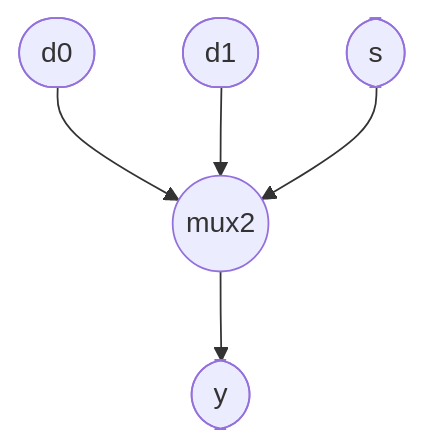
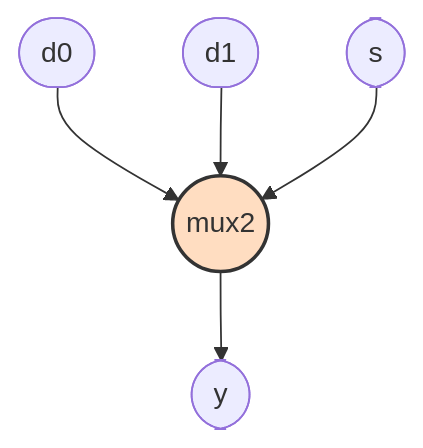
The diagram in docs/module_diagrams/mux2.md (granitespinoza/arqui), drawn with Mermaid before and after one commit. The commit also changed 18 other files, not shown here.

Commit message:
Improve module diagrams with colors

````diff
--- a/docs/module_diagrams/mux2.md
+++ b/docs/module_diagrams/mux2.md
@@ -3,7 +3,10 @@
 ```mermaid
 flowchart TD
+    classDef main fill:#FFDDC1,stroke:#333,stroke-width:2px
+    classDef sub fill:#BBE1FA,stroke:#333
     d0([d0]) --> mux2_module((mux2))
     d1([d1]) --> mux2_module
     s([s]) --> mux2_module
     mux2_module --> y([y])
+    class mux2_module main
 ```
````
